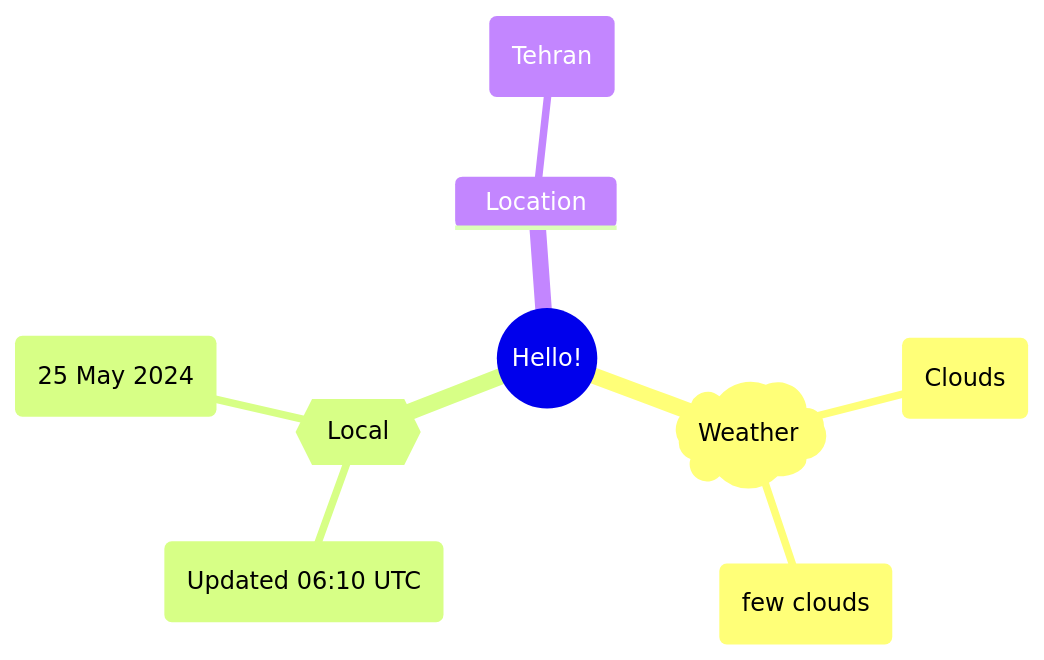
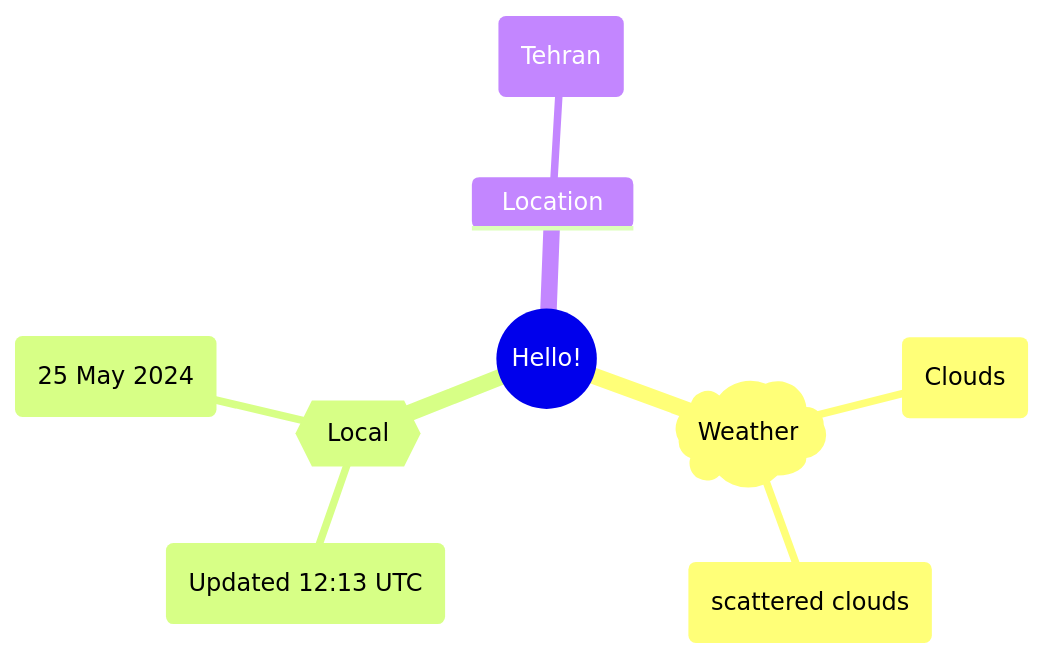
Before and after one commit to Xosrov/Xosrov: the first of 2 diagrams in README.md, drawn with Mermaid.

Commit message:
[bot] updated images

````diff
--- a/README.md
+++ b/README.md
@@ -3,12 +3,12 @@
 ```mermaid
 mindmap
   root((Hello!))
     )Weather(
         (Clouds)
-        (few clouds)
+        (scattered clouds)
     {{Local}}
-        (Updated 06:10 UTC)
+        (Updated 12:13 UTC)
         (25 May 2024)
     Location
         (Tehran)
 ```
````
